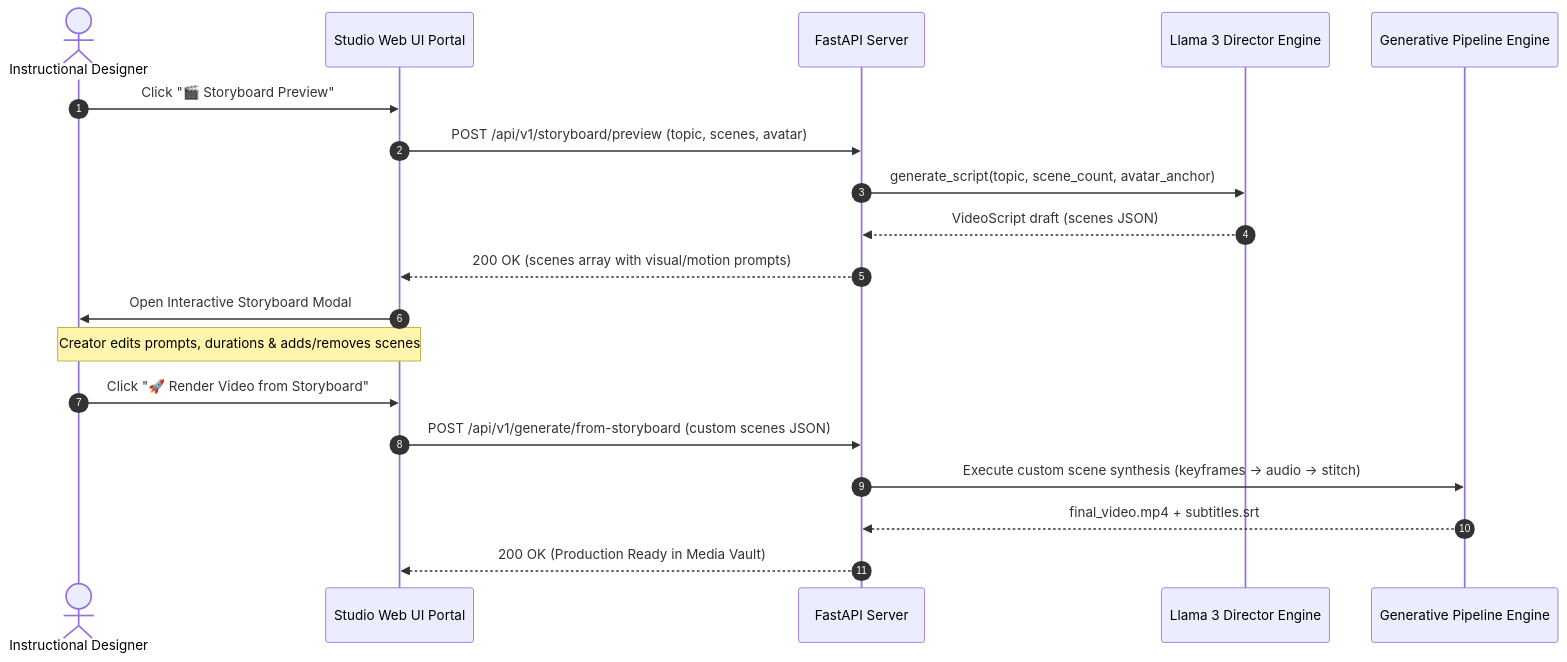
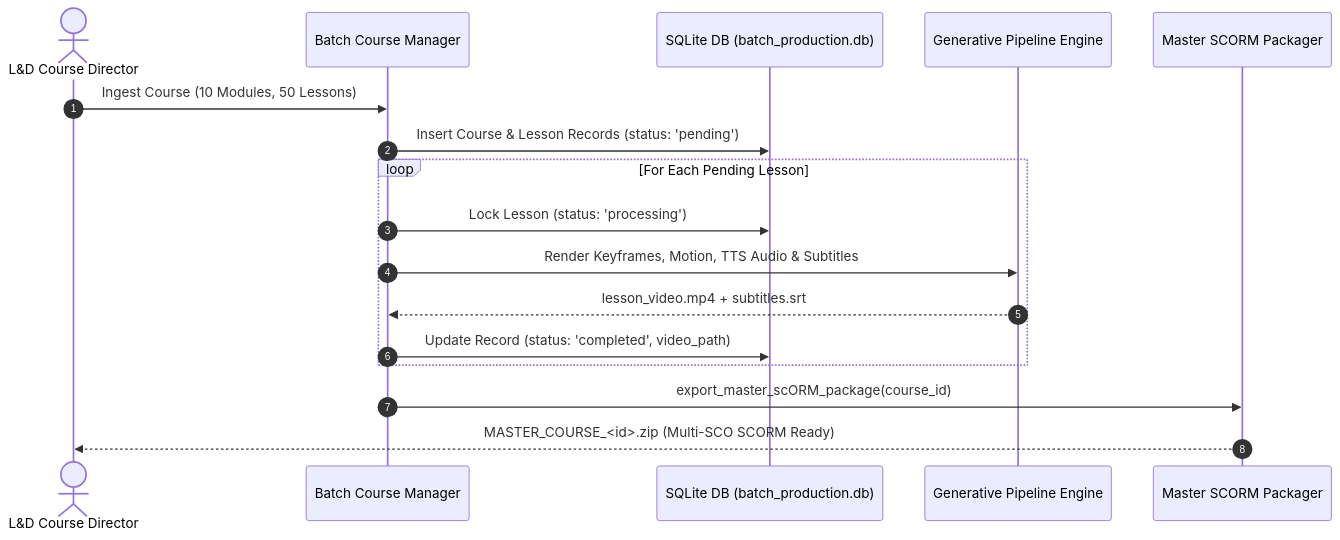
Before and after one commit to DrisyonAI/Modular-NeuroClips: the second of 2 diagrams in README.md, drawn with Mermaid. The commit also changed other lines of this file and 1 other file, not shown here.

Commit message:
feat: Scaffold enterprise BatchCourseManager with SQLite state machine, master Multi-SCO SCORM packager, and updated 100+ hour scaling README

````diff
--- a/README.md
+++ b/README.md
@@ -173,23 +97,22 @@
 ```mermaid
 sequenceDiagram
     autonumber
-    actor Creator as Instructional Designer
-    participant UI as Studio Web UI Portal
-    participant API as FastAPI Server
-    participant LLM as Llama 3 Director Engine
-    participant Synth as Generative Pipeline Engine
+    actor Admin as L&D Course Director
+    participant Batch as Batch Course Manager
+    participant DB as SQLite DB (batch_production.db)
+    participant Engine as Generative Pipeline Engine
+    participant SCORM as Master SCORM Packager
 
-    Creator->>UI: Click "🎬 Storyboard Preview"
-    UI->>API: POST /api/v1/storyboard/preview (topic, scenes, avatar)
-    API->>LLM: generate_script(topic, scene_count, avatar_anchor)
-    LLM-->>API: VideoScript draft (scenes JSON)
-    API-->>UI: 200 OK (scenes array with visual/motion prompts)
-    UI->>Creator: Open Interactive Storyboard Modal
+    Admin->>Batch: Ingest Course (10 Modules, 50 Lessons)
+    Batch->>DB: Insert Course & Lesson Records (status: 'pending')
 
-    Note over Creator,UI: Creator edits prompts, durations & adds/removes scenes
-    Creator->>UI: Click "🚀 Render Video from Storyboard"
-    UI->>API: POST /api/v1/generate/from-storyboard (custom scenes JSON)
-    API->>Synth: Execute custom scene synthesis (keyframes -> audio -> stitch)
-    Synth-->>API: final_video.mp4 + subtitles.srt
-    API-->>UI: 200 OK (Production Ready in Media Vault)
+    loop For Each Pending Lesson
+        Batch->>DB: Lock Lesson (status: 'processing')
+        Batch->>Engine: Render Keyframes, Motion, TTS Audio & Subtitles
+        Engine-->>Batch: lesson_video.mp4 + subtitles.srt
+        Batch->>DB: Update Record (status: 'completed', video_path)
+    end
+
+    Batch->>SCORM: export_master_scORM_package(course_id)
+    SCORM-->>Admin: MASTER_COURSE_<id>.zip (Multi-SCO SCORM Ready)
 ```
````
